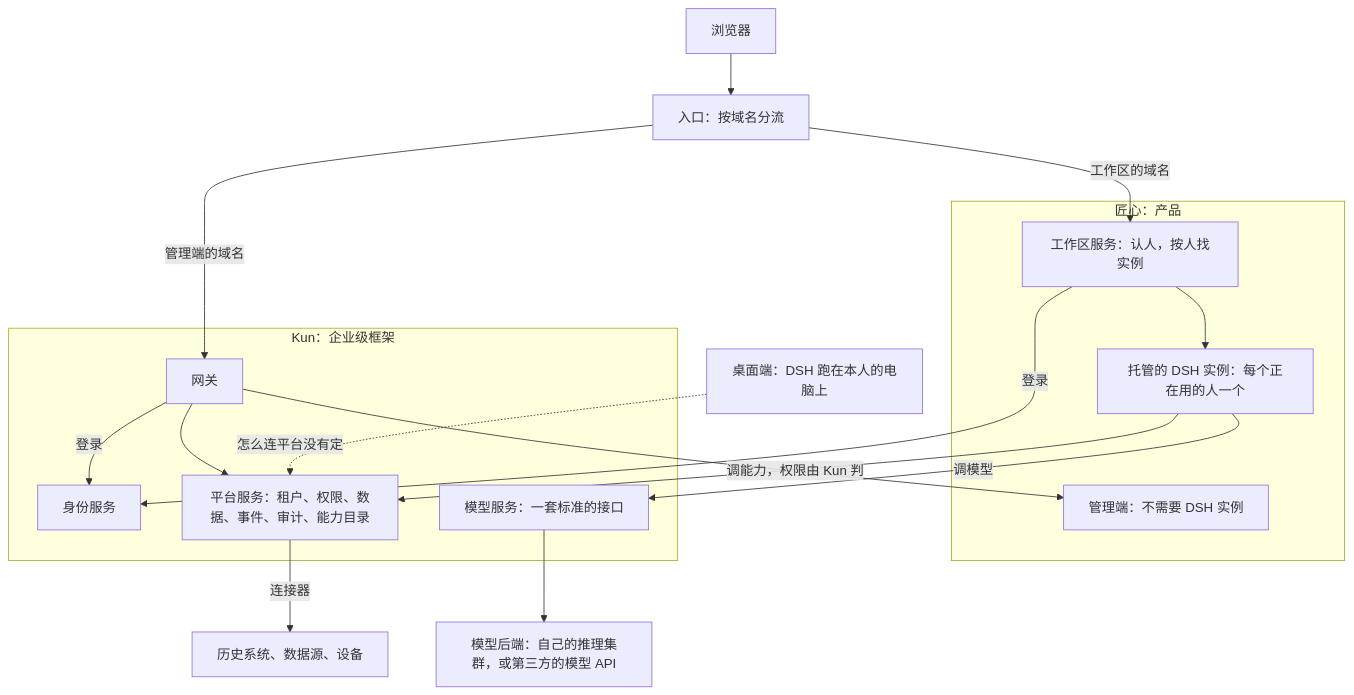
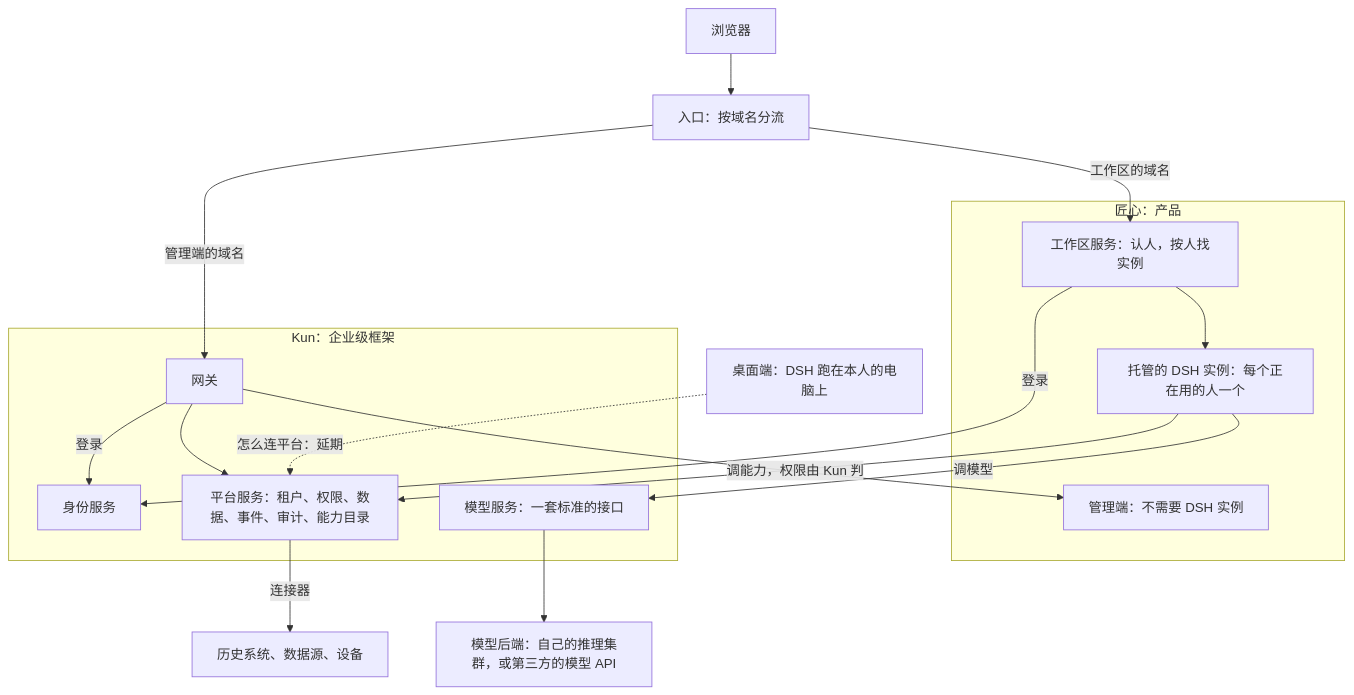
Before and after one commit to CavaiLAB/jiangxin: the first of 2 diagrams in docs/04-architecture.md, drawn with Mermaid. The commit also changed other lines of this file and 37 other files, not shown here.

````diff
--- a/docs/04-architecture.md
+++ b/docs/04-architecture.md
@@ -9,33 +9,33 @@
 ```mermaid
 flowchart TB
   B["浏览器"]
   D["桌面端：DSH 跑在本人的电脑上"]
   IN["入口：按域名分流"]
   subgraph jx["匠心：产品"]
     MS["管理端：不需要 DSH 实例"]
     WS["工作区服务：认人，按人找实例"]
     RT["托管的 DSH 实例：每个正在用的人一个"]
   end
   subgraph kun["Kun：企业级框架"]
     KG["网关"]
     ID["身份服务"]
     PF["平台服务：租户、权限、数据、事件、审计、能力目录"]
     MD["模型服务：一套标准的接口"]
   end
   MB["模型后端：自己的推理集群，或第三方的模型 API"]
   EXT["历史系统、数据源、设备"]
 
   B --> IN
   IN -->|"管理端的域名"| KG
   IN -->|"工作区的域名"| WS
   KG --> MS
   KG --> PF
   KG -->|"登录"| ID
   WS -->|"登录"| ID
   WS --> RT
   RT -->|"调能力，权限由 Kun 判"| PF
   RT -->|"调模型"| MD
-  D -.->|"怎么连平台没有定"| PF
+  D -.->|"怎么连平台：延期"| PF
   MD --> MB
   PF -->|"连接器"| EXT
 ```
````
